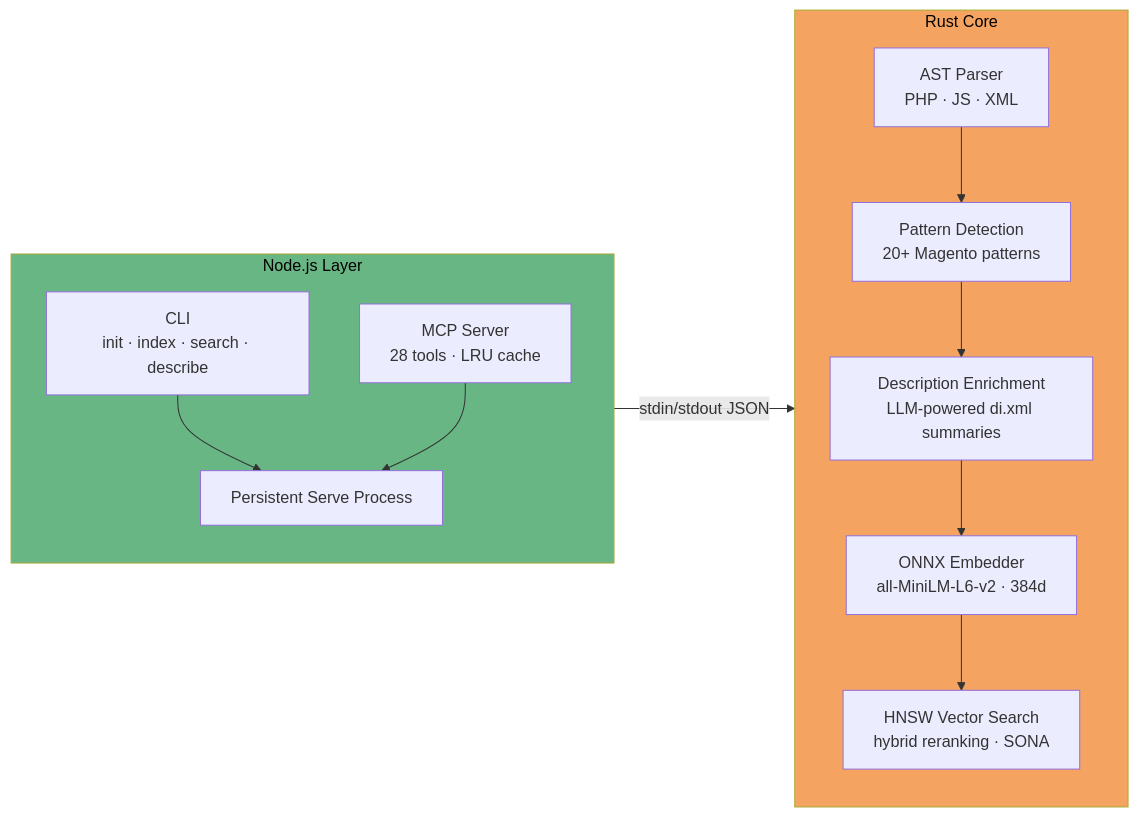
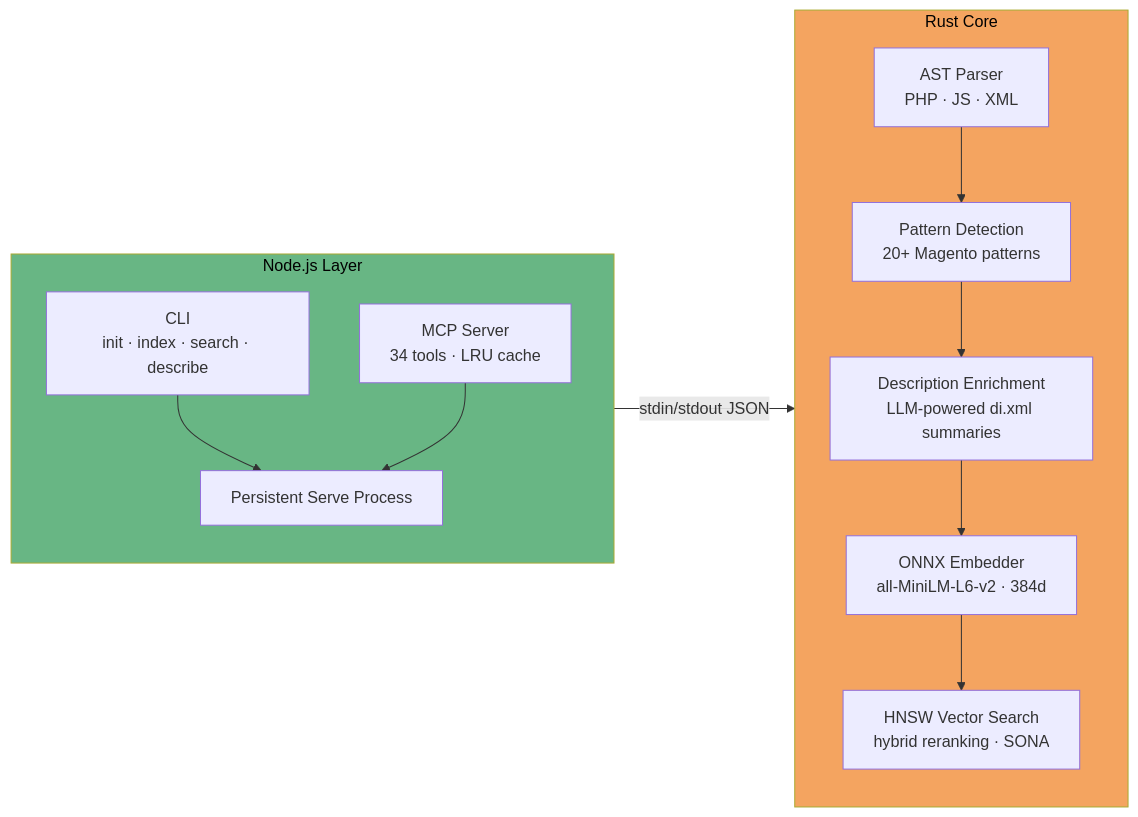
Before and after one commit to krejcif/magector: the first of 11 diagrams in README.md, drawn with Mermaid. The commit also changed other lines of this file and 2 other files, not shown here.

````diff
--- a/README.md
+++ b/README.md
@@ -68,26 +68,26 @@
 ```mermaid
 flowchart LR
   subgraph node ["Node.js Layer"]
     direction TB
     G["CLI<br/>init · index · search · describe"]
-    E["MCP Server<br/>28 tools · LRU cache"]
+    E["MCP Server<br/>34 tools · LRU cache"]
     F["Persistent Serve Process"]
     G --> F
     E --> F
   end
 
   F -->|"stdin/stdout JSON"| rust
 
   subgraph rust ["Rust Core"]
     direction TB
     A["AST Parser<br/>PHP · JS · XML"]
     B["Pattern Detection<br/>20+ Magento patterns"]
     B2["Description Enrichment<br/>LLM-powered di.xml summaries"]
     C["ONNX Embedder<br/>all-MiniLM-L6-v2 · 384d"]
     D["HNSW Vector Search<br/>hybrid reranking · SONA"]
     A --> B --> B2 --> C --> D
   end
 
   style rust fill:#f4a460,color:#000
   style node fill:#68b684,color:#000
 ```
````
